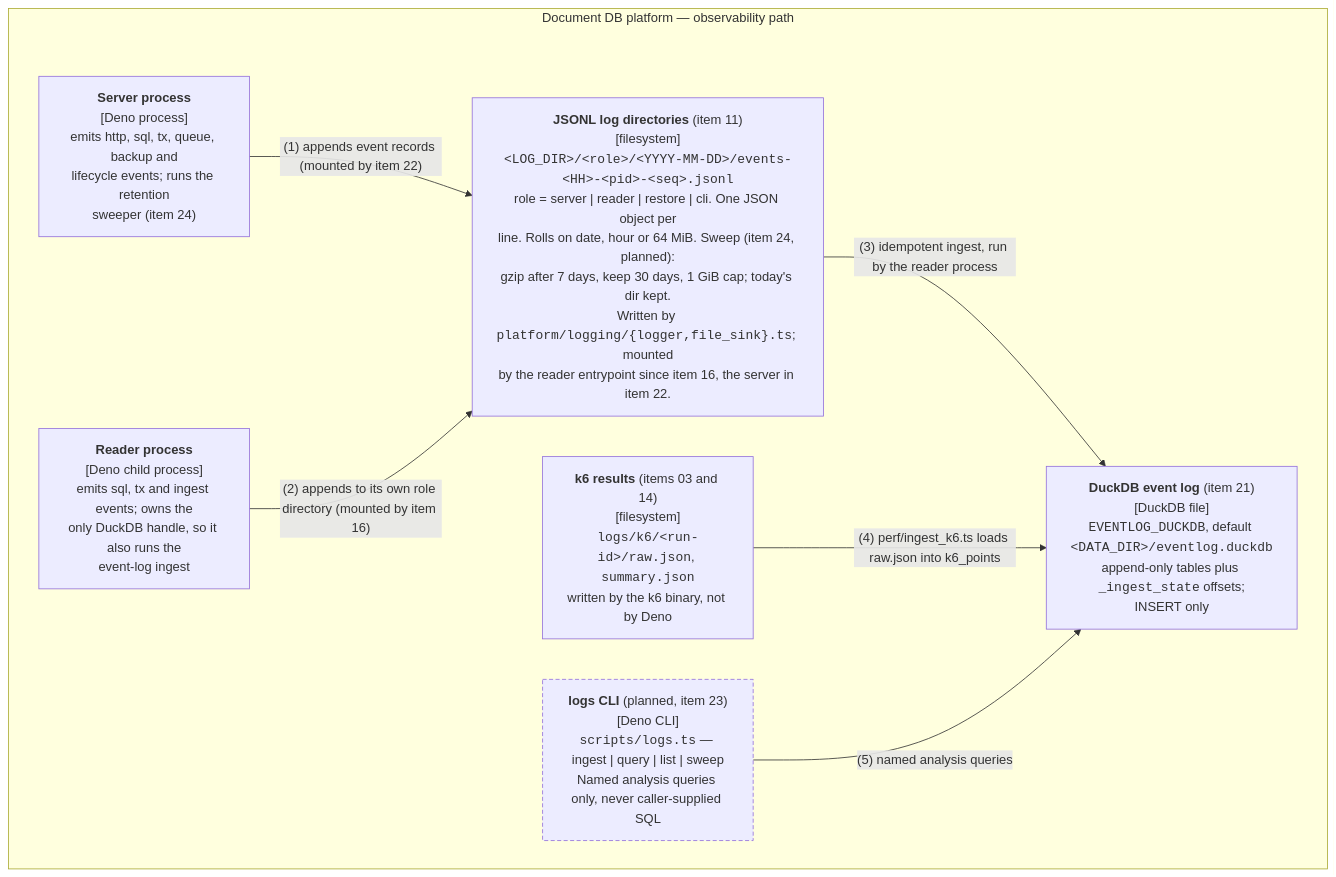
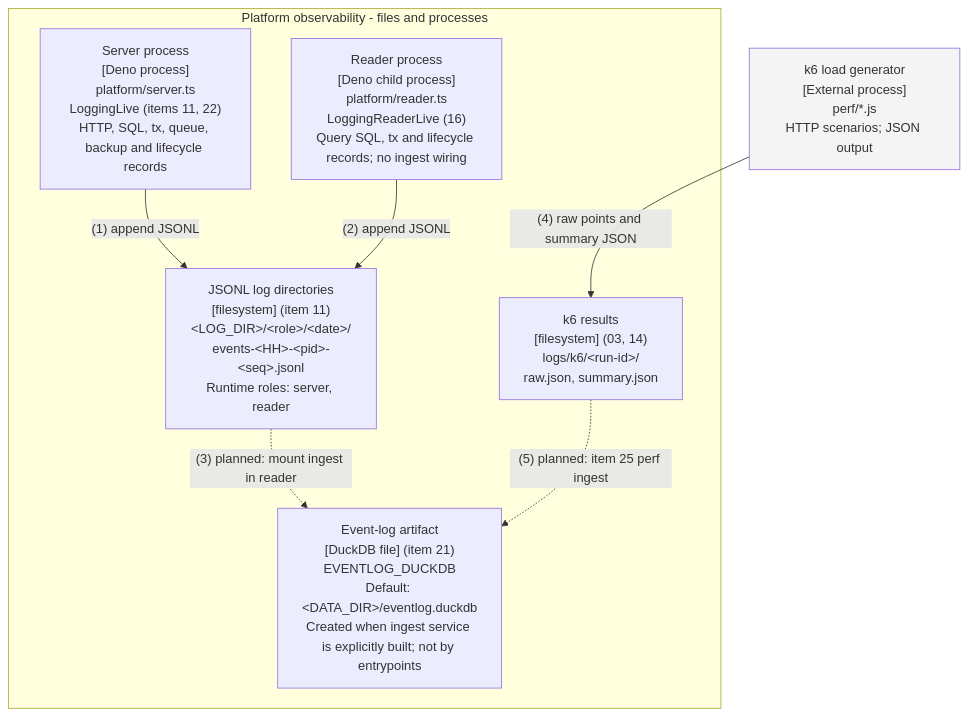
One commit to nickstrad/ts-db changed the diagram in docs/architecture/c4-container-observability.github.md. Above: the diagram before and after it, drawn with Mermaid. The commit also changed other lines of this file and 12 other files, not shown here.

````diff
--- a/docs/architecture/c4-container-observability.github.md
+++ b/docs/architecture/c4-container-observability.github.md
@@ -27,20 +15,20 @@
 ```mermaid
 flowchart TB
-    subgraph host["Document DB platform — observability path"]
-        server["<b>Server process</b><br/>[Deno process]<br/>emits http, sql, tx, queue, backup and<br/>lifecycle events; runs the retention<br/>sweeper (item 24)"]
-        reader["<b>Reader process</b><br/>[Deno child process]<br/>emits sql, tx and ingest events; owns the<br/>only DuckDB handle, so it also runs the<br/>event-log ingest"]
-        jsonl["<b>JSONL log directories</b> (item 11)<br/>[filesystem]<br/><code>&lt;LOG_DIR&gt;/&lt;role&gt;/&lt;YYYY-MM-DD&gt;/events-&lt;HH&gt;-&lt;pid&gt;-&lt;seq&gt;.jsonl</code><br/>role = server | reader | restore | cli. One JSON object per<br/>line. Rolls on date, hour or 64 MiB. Sweep (item 24, planned):<br/>gzip after 7 days, keep 30 days, 1 GiB cap; today's dir kept.<br/>Written by <code>platform/logging/{logger,file_sink}.ts</code>; mounted<br/>by the reader entrypoint since item 16, the server in item 22."]
-        k6["<b>k6 results</b> (items 03 and 14)<br/>[filesystem]<br/><code>logs/k6/&lt;run-id&gt;/raw.json</code>, <code>summary.json</code><br/>written by the k6 binary, not by Deno"]
-        duck["<b>DuckDB event log</b> (item 21)<br/>[DuckDB file]<br/><code>EVENTLOG_DUCKDB</code>, default <code>&lt;DATA_DIR&gt;/eventlog.duckdb</code><br/>append-only tables plus <code>_ingest_state</code> offsets;<br/>INSERT only"]
-        cli["<b>logs CLI</b> (planned, item 23)<br/>[Deno CLI]<br/><code>scripts/logs.ts</code> — ingest | query | list | sweep<br/>Named analysis queries only, never caller-supplied SQL"]
+    subgraph scope["Platform observability - files and processes"]
+        server["Server process<br/>[Deno process]<br/>platform/server.ts<br/>LoggingLive (items 11, 22)<br/>HTTP, SQL, tx, queue, backup and lifecycle records"]
+        reader["Reader process<br/>[Deno child process]<br/>platform/reader.ts<br/>LoggingReaderLive (16)<br/>Query SQL, tx and lifecycle records; no ingest wiring"]
+        jsonl["JSONL log directories<br/>[filesystem] (item 11)<br/>&lt;LOG_DIR&gt;/&lt;role&gt;/&lt;date&gt;/<br/>events-&lt;HH&gt;-&lt;pid&gt;-<br/>&lt;seq&gt;.jsonl<br/>Runtime roles: server, reader"]
+        duck["Event-log artifact<br/>[DuckDB file] (item 21)<br/>EVENTLOG_DUCKDB<br/>Default: &lt;DATA_DIR&gt;/eventlog.duckdb<br/>Created when ingest service is explicitly built; not by entrypoints"]
+        results["k6 results<br/>[filesystem] (03, 14)<br/>logs/k6/&lt;run-id&gt;/<br/>raw.json, summary.json"]
     end
-
-    server -->|"(1) appends event records (mounted by item 22)"| jsonl
-    reader -->|"(2) appends to its own role directory (mounted by item 16)"| jsonl
-    jsonl -->|"(3) idempotent ingest, run by the reader process"| duck
-    k6 -->|"(4) perf/ingest_k6.ts loads raw.json into k6_points"| duck
-    cli -->|"(5) named analysis queries"| duck
-
+        k6["k6 load generator<br/>[External process]<br/>perf/*.js<br/>HTTP scenarios; JSON output"]
+    server -->|"(1) append JSONL"| jsonl
+    reader -->|"(2) append JSONL"| jsonl
+    jsonl -.->|"(3) planned: mount ingest in reader"| duck
+    k6 -->|"(4) raw points and summary JSON"| results
+    results -.->|"(5) planned: item 25 perf ingest"| duck
     classDef planned stroke-dasharray: 5 3
-    class cli planned
+    classDef person fill:#fff,stroke-width:2px
+    classDef external fill:#f4f4f4
+    class k6 external
 ```
````
